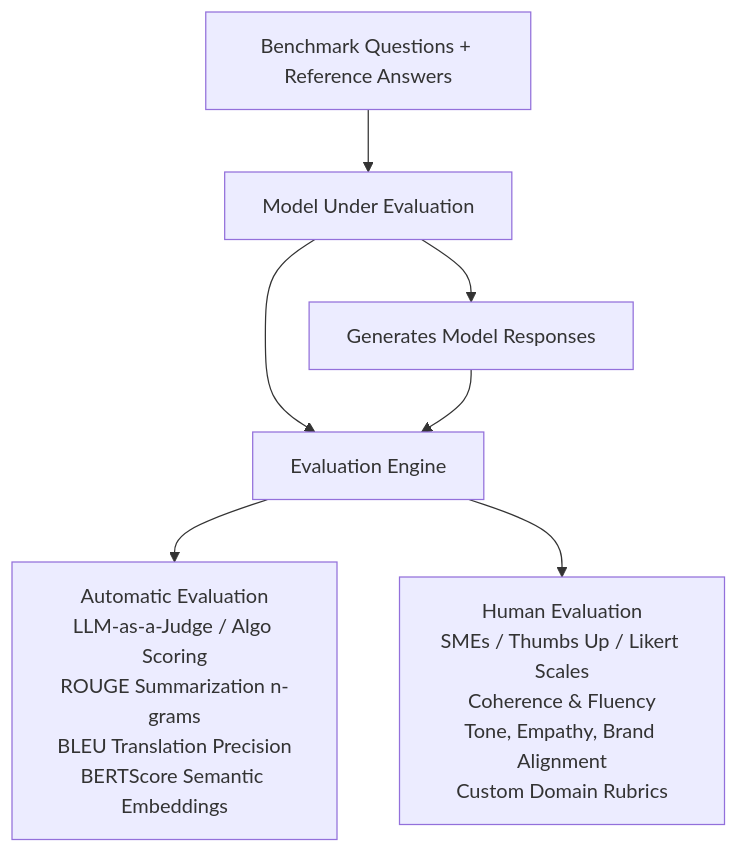
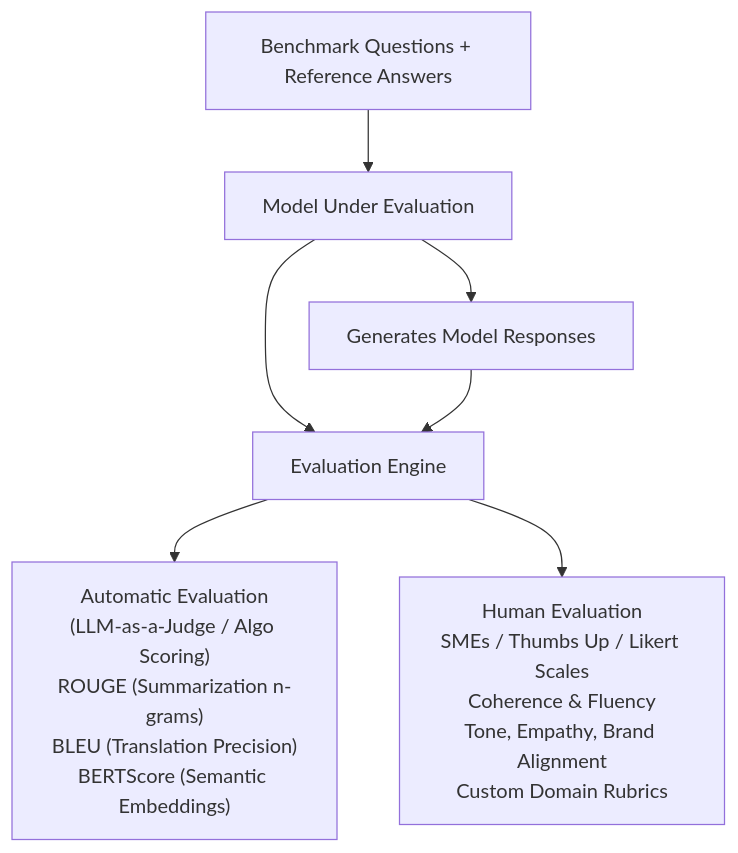
Before and after one commit to rensaputra/aws-docs: the diagram in docs/ai-practitioner/section-3-bedrock-generative-ai/fm-evaluation.mdx, drawn with Mermaid. The commit also changed other lines of this file and 9 other files, not shown here.

````diff
--- a/docs/ai-practitioner/section-3-bedrock-generative-ai/fm-evaluation.mdx
+++ b/docs/ai-practitioner/section-3-bedrock-generative-ai/fm-evaluation.mdx
@@ -17,10 +17,10 @@
 ```mermaid
 graph TD
     Benchmark[Benchmark Questions + Reference Answers] --> Model[Model Under Evaluation]
     Model --> Responses[Generates Model Responses]
     Model --> Engine[Evaluation Engine]
     Responses --> Engine
 
-    Engine --> Auto[Automatic Evaluation<br/>LLM-as-a-Judge / Algo Scoring<br/>ROUGE Summarization n-grams<br/>BLEU Translation Precision<br/>BERTScore Semantic Embeddings]
+    Engine --> Auto["Automatic Evaluation<br/>(LLM-as-a-Judge / Algo Scoring)<br/>ROUGE (Summarization n-grams)<br/>BLEU (Translation Precision)<br/>BERTScore (Semantic Embeddings)"]
     Engine --> Human[Human Evaluation<br/>SMEs / Thumbs Up / Likert Scales<br/>Coherence & Fluency<br/>Tone, Empathy, Brand Alignment<br/>Custom Domain Rubrics]
 ```
````
